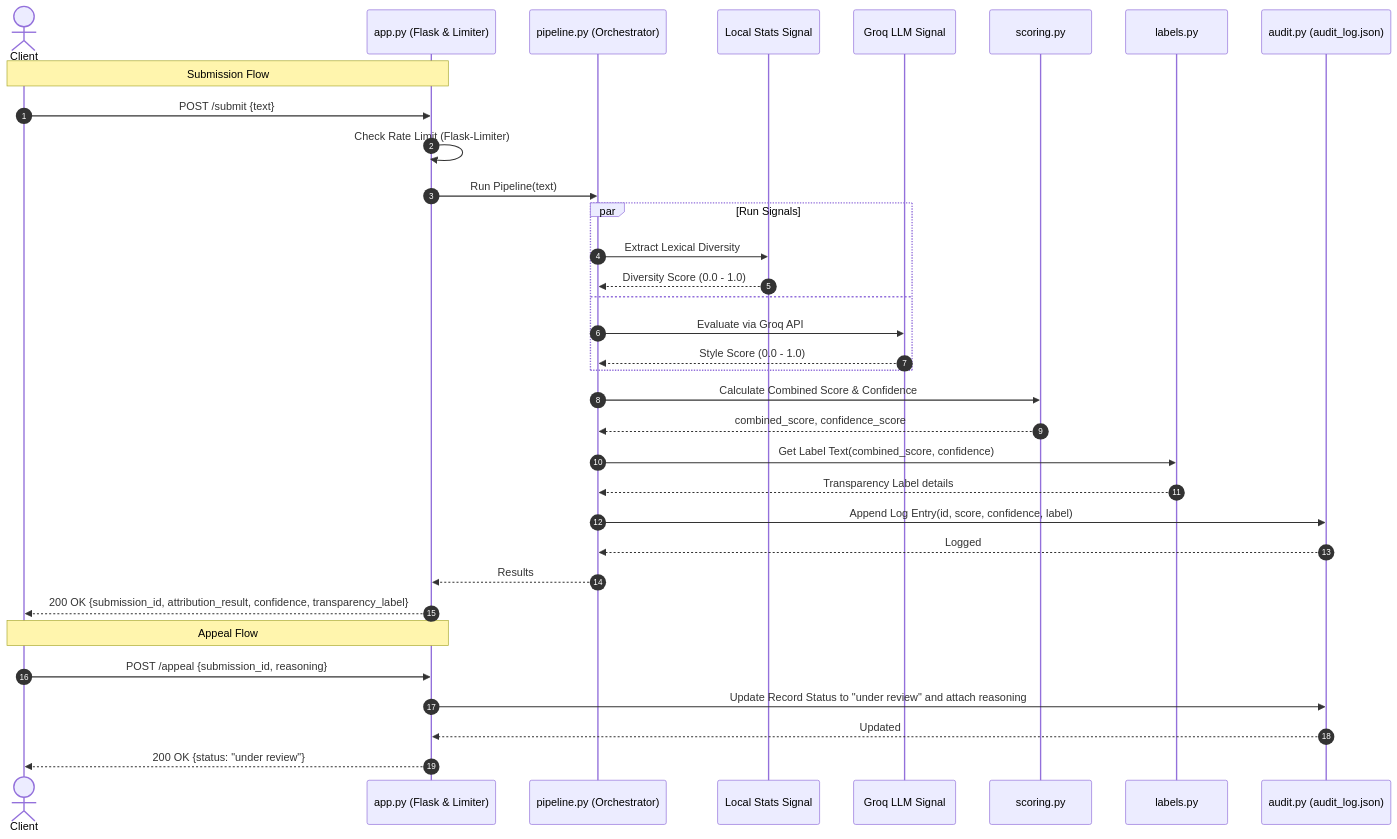
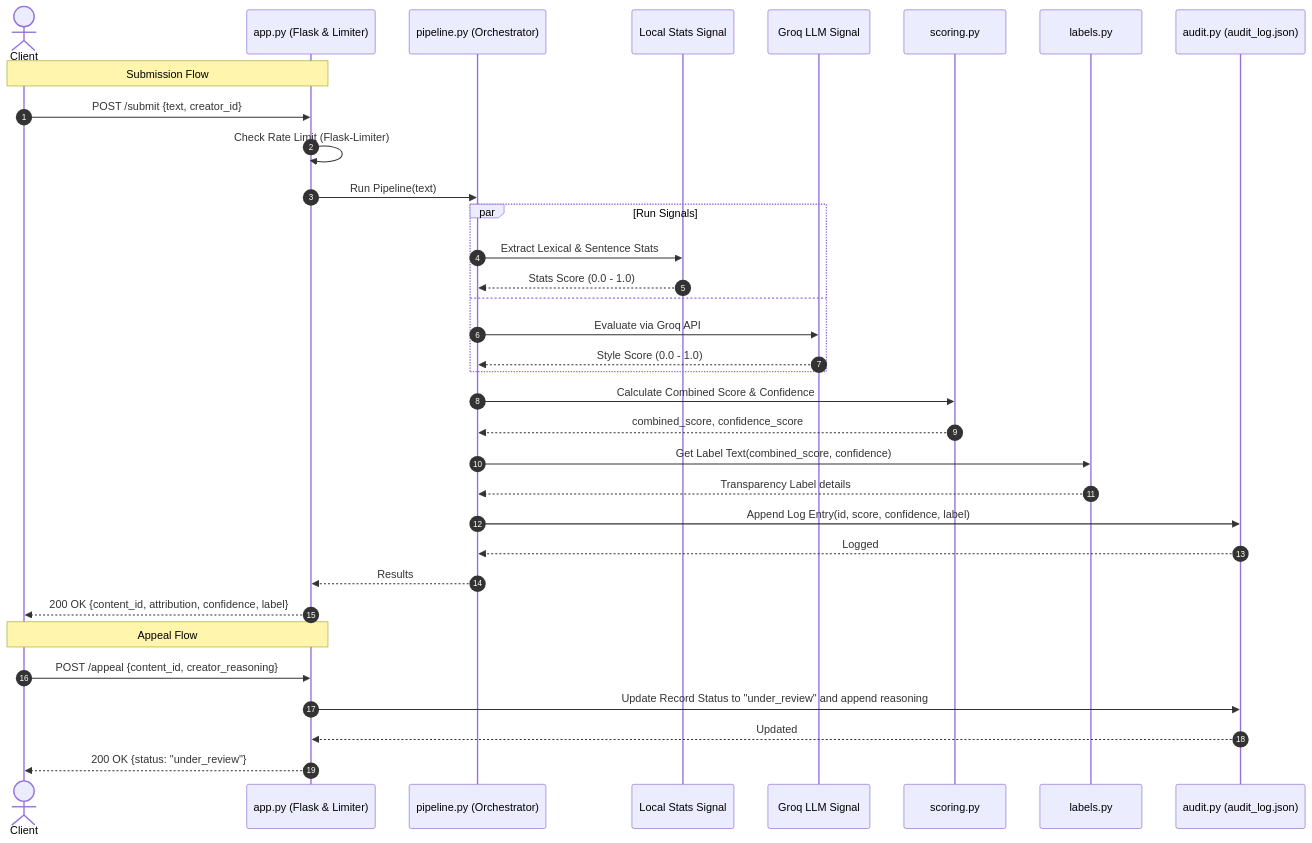
The diagram in README.md (S-A-Adit/ai201-project4-provenance-guard), drawn with Mermaid before and after one commit. The commit also changed other lines of this file, not shown here.

````diff
--- a/README.md
+++ b/README.md
@@ -29,38 +29,38 @@
 ```mermaid
 sequenceDiagram
     autonumber
     actor Client
     participant App as app.py (Flask & Limiter)
     participant Pipe as pipeline.py (Orchestrator)
     participant Sig1 as Local Stats Signal
     participant Sig2 as Groq LLM Signal
     participant Score as scoring.py
     participant Label as labels.py
     participant Audit as audit.py (audit_log.json)
 
     Note over Client, App: Submission Flow
-    Client->>App: POST /submit {text}
+    Client->>App: POST /submit {text, creator_id}
     App->>App: Check Rate Limit (Flask-Limiter)
     App->>Pipe: Run Pipeline(text)
     par Run Signals
-        Pipe->>Sig1: Extract Lexical Diversity
-        Sig1-->>Pipe: Diversity Score (0.0 - 1.0)
+        Pipe->>Sig1: Extract Lexical & Sentence Stats
+        Sig1-->>Pipe: Stats Score (0.0 - 1.0)
     and
         Pipe->>Sig2: Evaluate via Groq API
         Sig2-->>Pipe: Style Score (0.0 - 1.0)
     end
     Pipe->>Score: Calculate Combined Score & Confidence
     Score-->>Pipe: combined_score, confidence_score
     Pipe->>Label: Get Label Text(combined_score, confidence)
     Label-->>Pipe: Transparency Label details
     Pipe->>Audit: Append Log Entry(id, score, confidence, label)
     Audit-->>Pipe: Logged
     Pipe-->>App: Results
-    App-->>Client: 200 OK {submission_id, attribution_result, confidence, transparency_label}
+    App-->>Client: 200 OK {content_id, attribution, confidence, label}
 
     Note over Client, App: Appeal Flow
-    Client->>App: POST /appeal {submission_id, reasoning}
-    App->>Audit: Update Record Status to "under review" and attach reasoning
+    Client->>App: POST /appeal {content_id, creator_reasoning}
+    App->>Audit: Update Record Status to "under_review" and append reasoning
     Audit-->>App: Updated
-    App-->>Client: 200 OK {status: "under review"}
+    App-->>Client: 200 OK {status: "under_review"}
 ```
````
